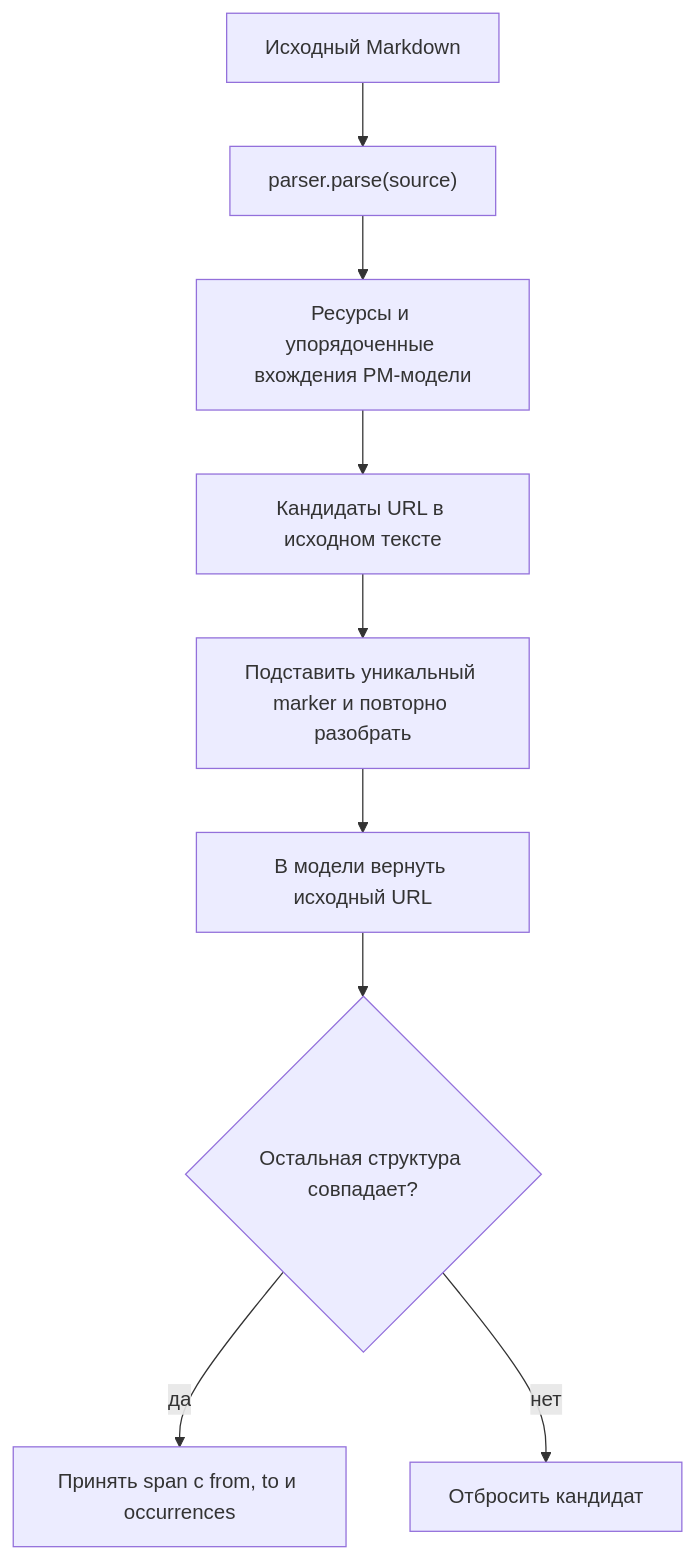
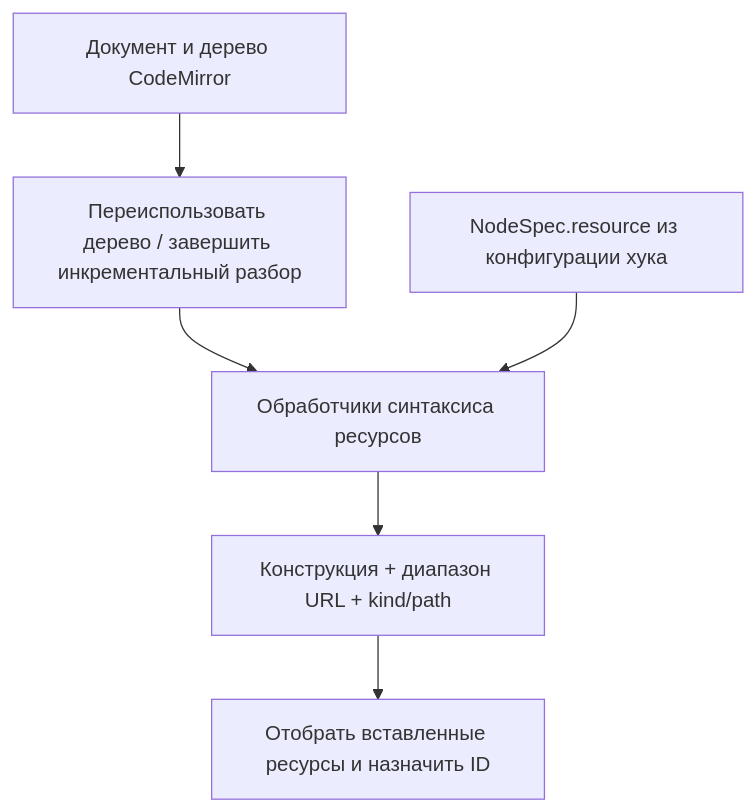
Before and after one commit to gravity-ui/markdown-editor: the third of 6 diagrams in docs/pasted-resources-architecture.md, drawn with Mermaid. The commit also changed other lines of this file and 19 other files, not shown here.

Commit message:
refactor: discover CodeMirror resources through syntax trees

````diff
--- a/docs/pasted-resources-architecture.md
+++ b/docs/pasted-resources-architecture.md
@@ -572,11 +575,8 @@
 ```mermaid
 flowchart TD
-    Source["Исходный Markdown"] --> Parse["parser.parse(source)"]
-    Parse --> Resources["Ресурсы и упорядоченные вхождения PM-модели"]
-    Resources --> Candidates["Кандидаты URL в исходном тексте"]
-    Candidates --> Probe["Подставить уникальный marker и повторно разобрать"]
-    Probe --> Restore["В модели вернуть исходный URL"]
-    Restore --> Compare{"Остальная структура совпадает?"}
-    Compare -->|да| Span["Принять span с from, to и occurrences"]
-    Compare -->|нет| Skip["Отбросить кандидат"]
+    State["Документ и дерево CodeMirror"] --> Complete["Переиспользовать дерево / завершить инкрементальный разбор"]
+    Complete --> Handlers["Обработчики синтаксиса ресурсов"]
+    Schema["NodeSpec.resource из конфигурации хука"] --> Handlers
+    Handlers --> Ranges["Конструкция + диапазон URL + kind/path"]
+    Ranges --> Track["Отобрать вставленные ресурсы и назначить ID"]
 ```
````
